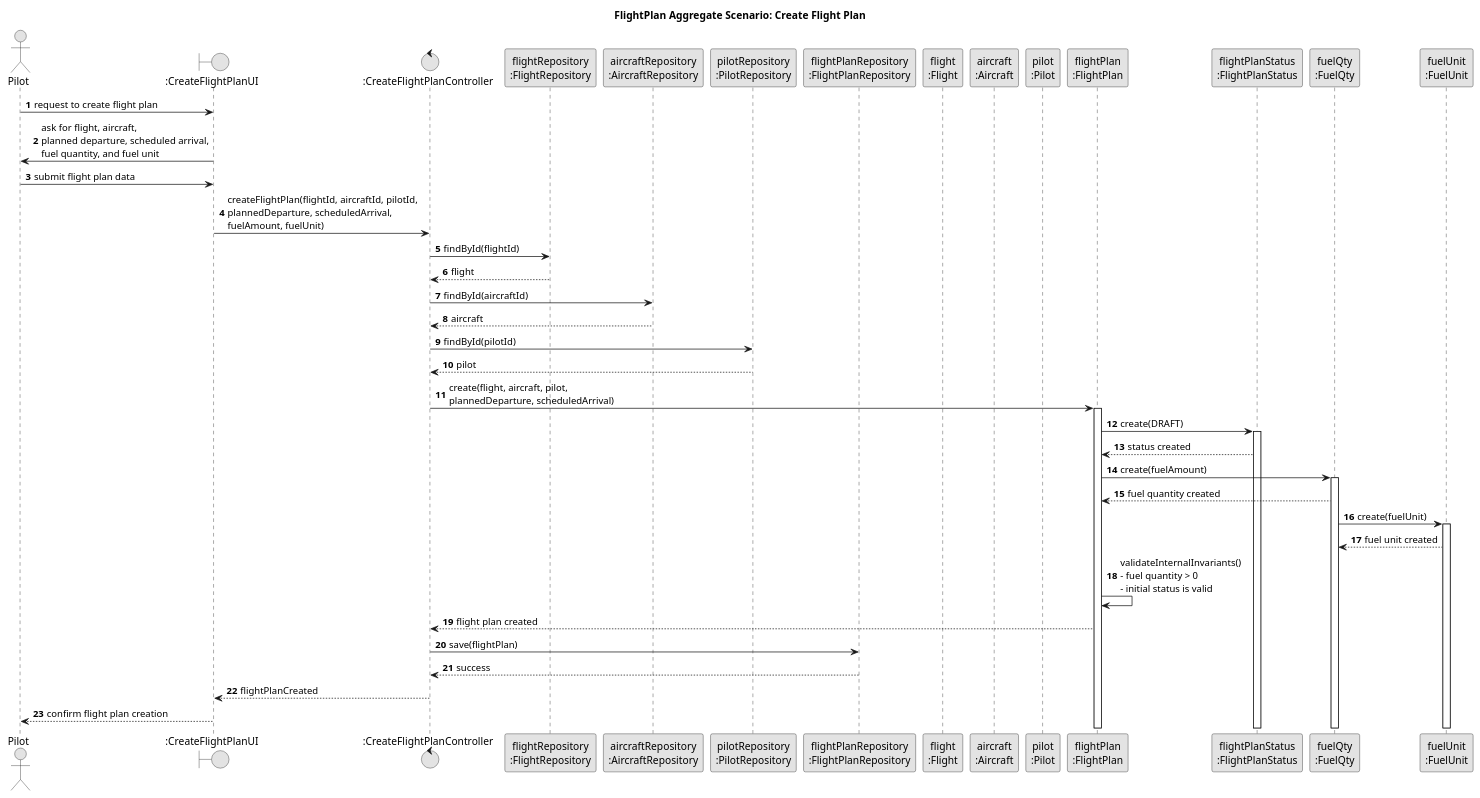
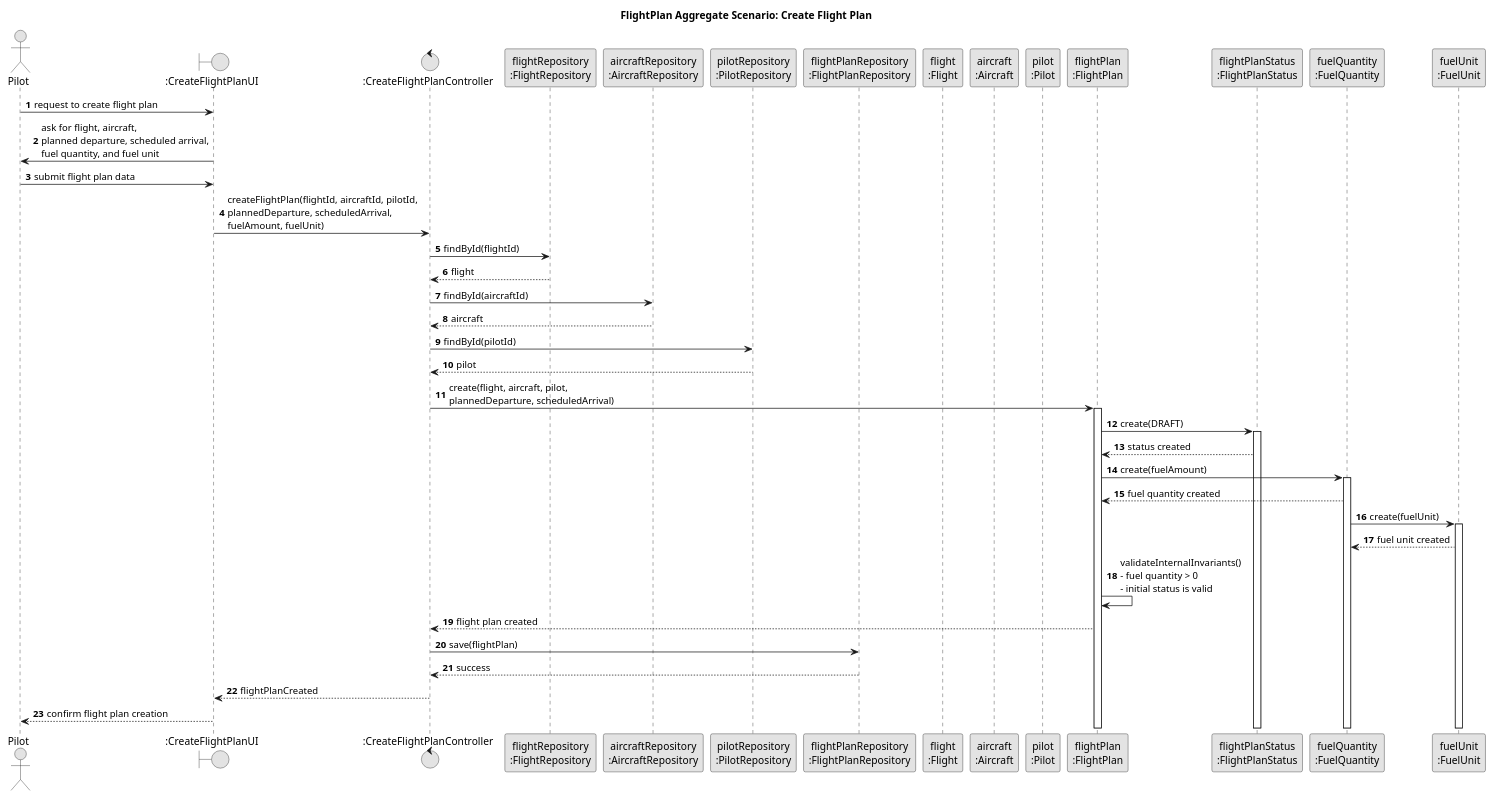
Before and after one commit to GustavoFerreira24/flight-management-platform: the diagram in docs/global-artifacts/03.design/puml/FlightPlanAggregate-SD.puml, drawn with PlantUML. The commit also changed 10 other files, not shown here.

Commit message:
Dm : Refactor FlightPlan and WeatherData aggregates: rename value objects for clarity and enhance WeatherMeasurement with providerType attribute. Update related documentation and diagrams. [#106]

```diff
--- a/docs/global-artifacts/03.design/puml/FlightPlanAggregate-SD.puml
+++ b/docs/global-artifacts/03.design/puml/FlightPlanAggregate-SD.puml
@@ -1,60 +1,60 @@
 @startuml
 title FlightPlan Aggregate Scenario: Create Flight Plan
 
 skinparam monochrome true
 skinparam packageStyle rectangle
 skinparam shadowing false
 
 autonumber
 
 actor "Pilot" as P
 boundary ":CreateFlightPlanUI" as UI
 control ":CreateFlightPlanController" as C
 participant "flightRepository\n:FlightRepository" as FlightRepo
 participant "aircraftRepository\n:AircraftRepository" as AircraftRepo
 participant "pilotRepository\n:PilotRepository" as PilotRepo
 participant "flightPlanRepository\n:FlightPlanRepository" as FlightPlanRepo
 participant "flight\n:Flight" as Flight
 participant "aircraft\n:Aircraft" as Aircraft
 participant "pilot\n:Pilot" as Pilot
 participant "flightPlan\n:FlightPlan" as FlightPlan
 participant "flightPlanStatus\n:FlightPlanStatus" as FlightPlanStatus
-participant "fuelQty\n:FuelQty" as FuelQty
+participant "fuelQuantity\n:FuelQuantity" as FuelQuantity
 participant "fuelUnit\n:FuelUnit" as FuelUnit
 
 P -> UI : request to create flight plan
 UI -> P : ask for flight, aircraft,\nplanned departure, scheduled arrival,\nfuel quantity, and fuel unit
 
 P -> UI : submit flight plan data
 UI -> C : createFlightPlan(flightId, aircraftId, pilotId,\nplannedDeparture, scheduledArrival,\nfuelAmount, fuelUnit)
 
 C -> FlightRepo : findById(flightId)
 FlightRepo --> C : flight
 
 C -> AircraftRepo : findById(aircraftId)
 AircraftRepo --> C : aircraft
 
 C -> PilotRepo : findById(pilotId)
 PilotRepo --> C : pilot
 
 C -> FlightPlan ++ : create(flight, aircraft, pilot,\nplannedDeparture, scheduledArrival)
 
 FlightPlan -> FlightPlanStatus ++ : create(DRAFT)
 FlightPlanStatus --> FlightPlan : status created
 
-FlightPlan -> FuelQty ++ : create(fuelAmount)
-FuelQty --> FlightPlan : fuel quantity created
+FlightPlan -> FuelQuantity ++ : create(fuelAmount)
+FuelQuantity --> FlightPlan : fuel quantity created
 
-FuelQty -> FuelUnit ++ : create(fuelUnit)
-FuelUnit --> FuelQty : fuel unit created
+FuelQuantity -> FuelUnit ++ : create(fuelUnit)
+FuelUnit --> FuelQuantity : fuel unit created
 
 FlightPlan -> FlightPlan : validateInternalInvariants()\n- fuel quantity > 0\n- initial status is valid
 FlightPlan --> C : flight plan created
 
 C -> FlightPlanRepo : save(flightPlan)
 FlightPlanRepo --> C : success
 
 C --> UI : flightPlanCreated
 UI --> P : confirm flight plan creation
 
 @enduml
```
